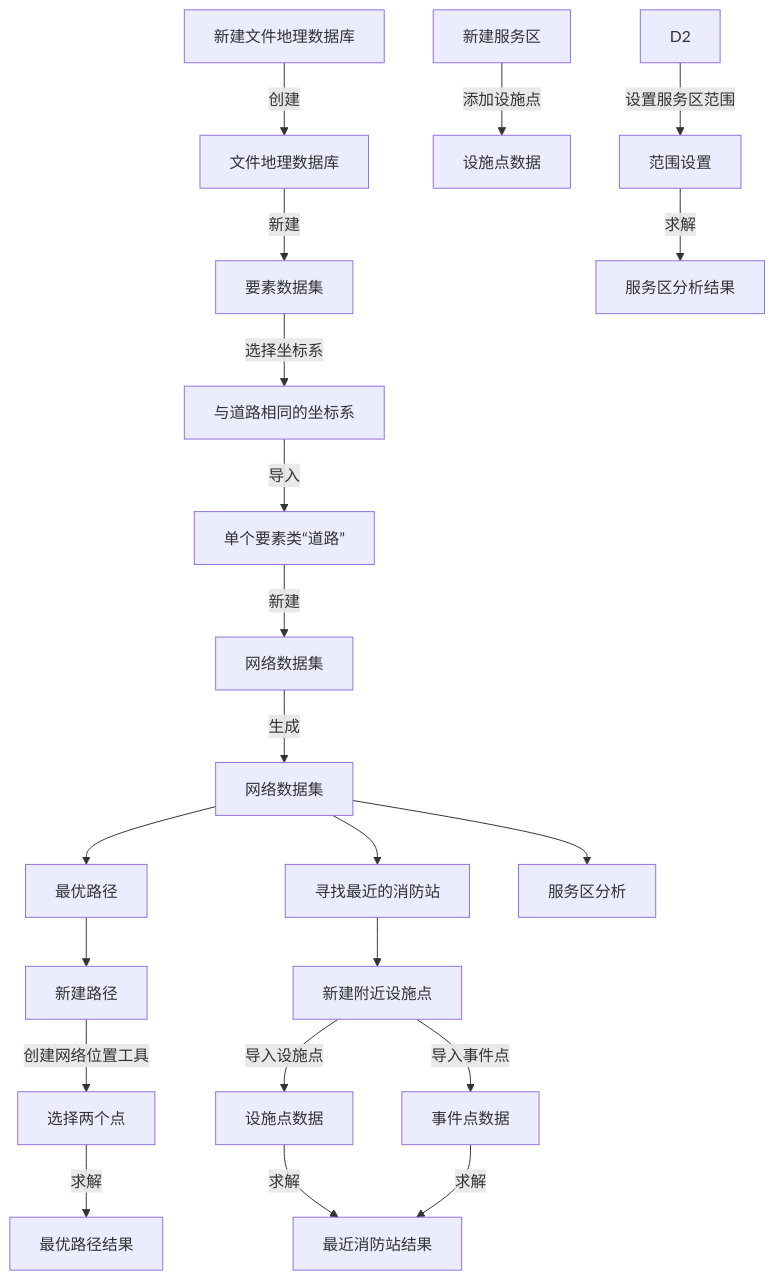
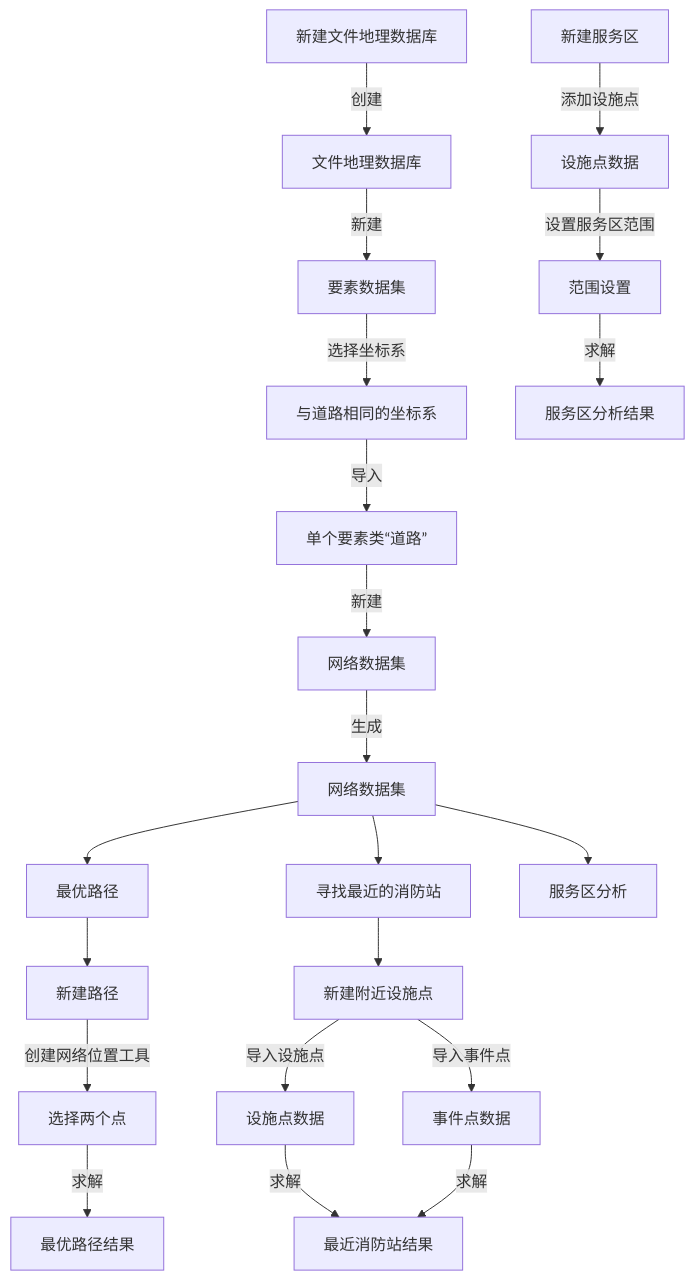
Before and after one commit to newguser/iodraw-files: the diagram in all/未命名.md, drawn with Mermaid.

Commit message:
2025-02-27 21:18:18 update

````diff
--- a/all/未命名.md
+++ b/all/未命名.md
@@ -1,23 +1,23 @@
 ```mermaid
 graph TD
     A[新建文件地理数据库] -->|创建| B[文件地理数据库]
     B -->|新建| C[要素数据集]
     C -->|选择坐标系| D[与道路相同的坐标系]
     D -->|导入| E[单个要素类“道路”]
     E -->|新建| F[网络数据集]
     F -->|生成| G[网络数据集]
     G[网络数据集] -->H[最优路径]
     G[网络数据集] -->I[寻找最近的消防站]
     G[网络数据集] -->J[服务区分析]
     H[最优路径]-->H1[新建路径]
     H1[新建路径] -->|创建网络位置工具| H2[选择两个点]
         H2 -->|求解| H3[最优路径结果]
     I[寻找最近的消防站]-->I1[新建附近设施点]
     I1[新建附近设施点] -->|导入设施点| I2[设施点数据]
         I1 -->|导入事件点| I3[事件点数据]
         I2 -->|求解| I4[最近消防站结果]
         I3 -->|求解| I4
      J1[新建服务区] -->|添加设施点| J2[设施点数据]
-        D2 -->|设置服务区范围| D3[范围设置]
-        D3 -->|求解| D4[服务区分析结果]
+        J2 -->|设置服务区范围| J3[范围设置]
+        J3 -->|求解| D4[服务区分析结果]
 ```
````
